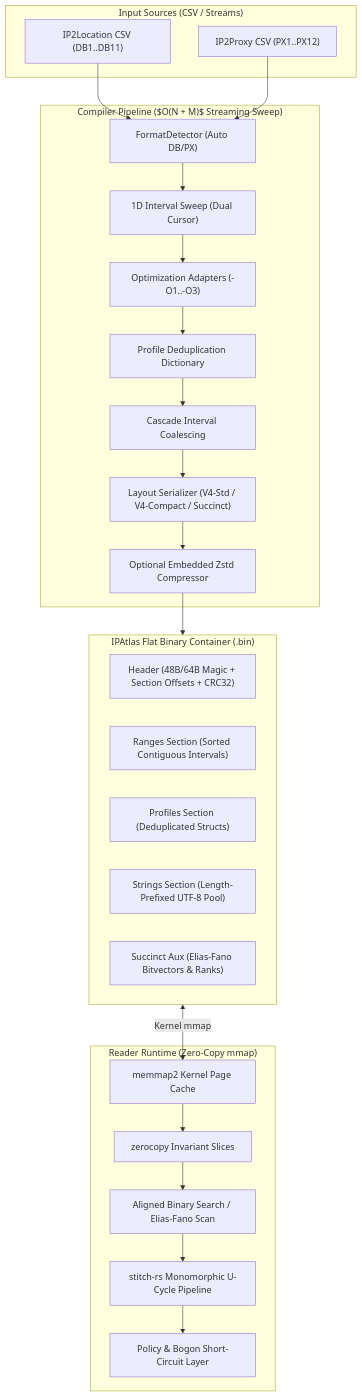
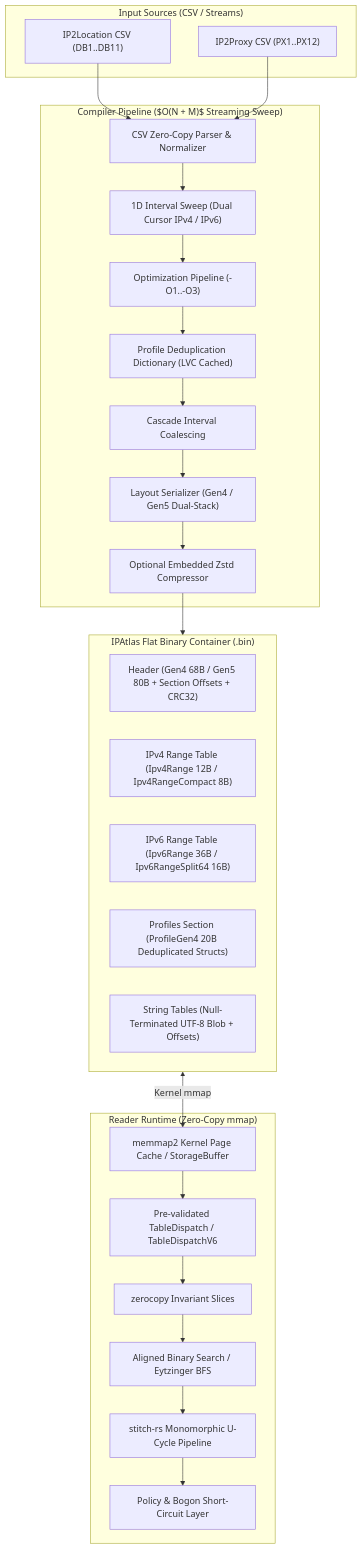
The diagram in ARCHITECTURE.md (ulquiorracode/ipatlas), drawn with Mermaid before and after one commit. The commit also changed other lines of this file and 30 other files, not shown here.

````diff
--- a/ARCHITECTURE.md
+++ b/ARCHITECTURE.md
@@ -11,49 +11,51 @@
 ```mermaid
 flowchart TB
     subgraph DataSources ["Input Sources (CSV / Streams)"]
         GeoCSV["IP2Location CSV (DB1..DB11)"]
         ProxyCSV["IP2Proxy CSV (PX1..PX12)"]
     end
 
     subgraph Compiler ["Compiler Pipeline ($O(N + M)$ Streaming Sweep)"]
-        Detector["FormatDetector (Auto DB/PX)"]
-        Sweep["1D Interval Sweep (Dual Cursor)"]
-        Adapters["Optimization Adapters (-O1..-O3)"]
-        Dict["Profile Deduplication Dictionary"]
+        Parser["CSV Zero-Copy Parser & Normalizer"]
+        Sweep["1D Interval Sweep (Dual Cursor IPv4 / IPv6)"]
+        Adapters["Optimization Pipeline (-O1..-O3)"]
+        Dict["Profile Deduplication Dictionary (LVC Cached)"]
         Coalesce["Cascade Interval Coalescing"]
-        Packer["Layout Serializer (V4-Std / V4-Compact / Succinct)"]
+        Packer["Layout Serializer (Gen4 / Gen5 Dual-Stack)"]
         ZstdEmbed["Optional Embedded Zstd Compressor"]
     end
 
     subgraph BinaryFormat ["IPAtlas Flat Binary Container (.bin)"]
-        Header["Header (48B/64B Magic + Section Offsets + CRC32)"]
-        RangesSec["Ranges Section (Sorted Contiguous Intervals)"]
-        ProfilesSec["Profiles Section (Deduplicated Structs)"]
-        StringsSec["Strings Section (Length-Prefixed UTF-8 Pool)"]
-        SuccinctAux["Succinct Aux (Elias-Fano Bitvectors & Ranks)"]
+        Header["Header (Gen4 68B / Gen5 80B + Section Offsets + CRC32)"]
+        RangesIPv4["IPv4 Range Table (Ipv4Range 12B / Ipv4RangeCompact 8B)"]
+        RangesIPv6["IPv6 Range Table (Ipv6Range 36B / Ipv6RangeSplit64 16B)"]
+        ProfilesSec["Profiles Section (ProfileGen4 20B Deduplicated Structs)"]
+        StringsSec["String Tables (Null-Terminated UTF-8 Blob + Offsets)"]
     end
 
     subgraph ReaderEngine ["Reader Runtime (Zero-Copy mmap)"]
-        Mmap["memmap2 Kernel Page Cache"]
+        Mmap["memmap2 Kernel Page Cache / StorageBuffer"]
+        Dispatch["Pre-validated TableDispatch / TableDispatchV6"]
         ZeroCopy["zerocopy Invariant Slices"]
-        Search["Aligned Binary Search / Elias-Fano Scan"]
+        Search["Aligned Binary Search / Eytzinger BFS"]
         StitchPipeline["stitch-rs Monomorphic U-Cycle Pipeline"]
         Filter["Policy & Bogon Short-Circuit Layer"]
     end
 
-    GeoCSV --> Detector
-    ProxyCSV --> Detector
-    Detector --> Sweep
+    GeoCSV --> Parser
+    ProxyCSV --> Parser
+    Parser --> Sweep
     Sweep --> Adapters
     Adapters --> Dict
     Dict --> Coalesce
     Coalesce --> Packer
     Packer --> ZstdEmbed
     ZstdEmbed --> BinaryFormat
 
     BinaryFormat <-->|Kernel mmap| Mmap
-    Mmap --> ZeroCopy
+    Mmap --> Dispatch
+    Dispatch --> ZeroCopy
     ZeroCopy --> Search
     Search --> StitchPipeline
     StitchPipeline --> Filter
 ```
````
